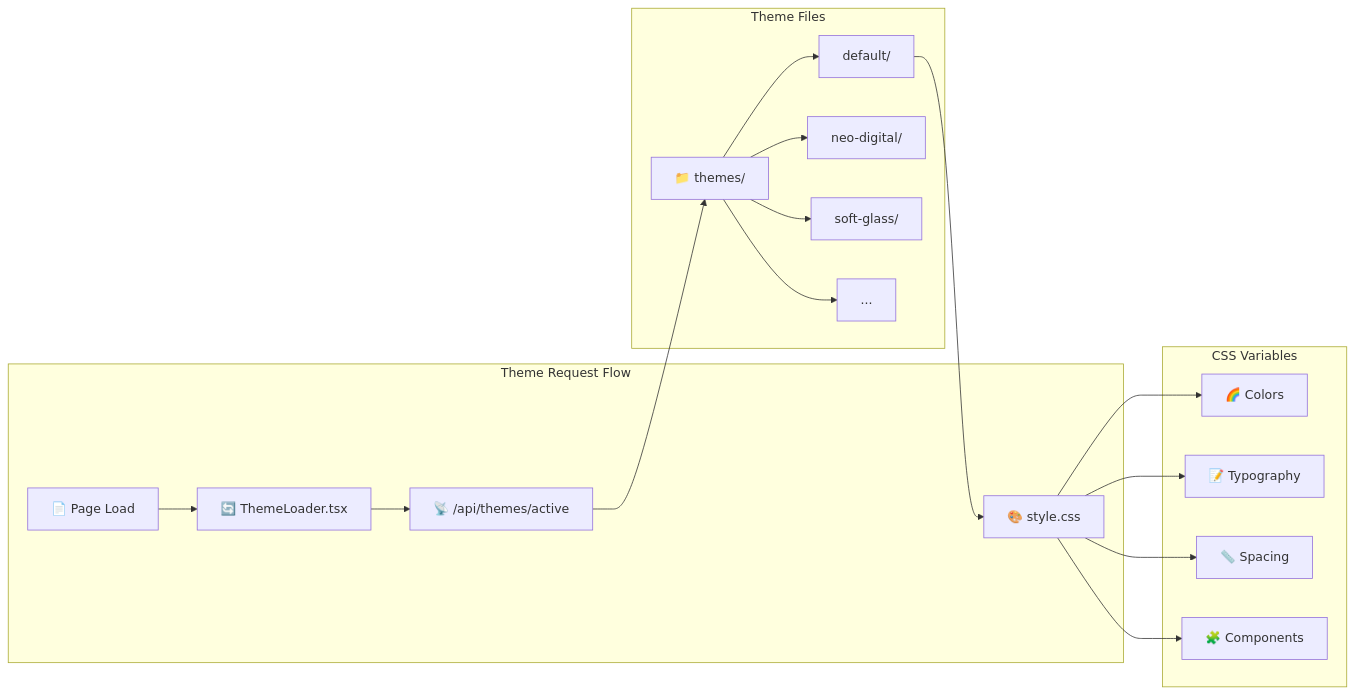
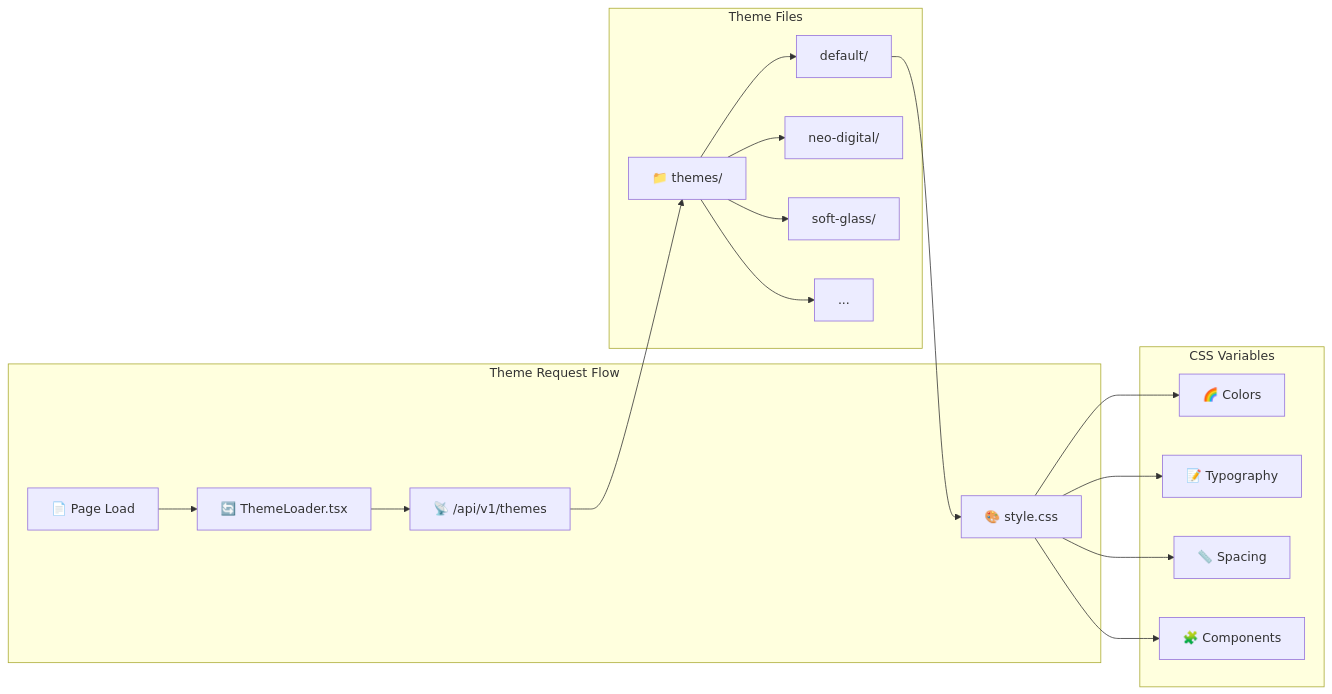
The third of 11 diagrams in documentation/architecture.md (jaimemartinez/wordjs), drawn with Mermaid before and after one commit. The commit also changed other lines of this file and 24 other files, not shown here.

````diff
--- a/documentation/architecture.md
+++ b/documentation/architecture.md
@@ -152,37 +162,37 @@
 ```mermaid
 graph LR
     subgraph "Theme Request Flow"
         Page[📄 Page Load]
         ThemeLoader[🔄 ThemeLoader.tsx]
-        API[📡 /api/themes/active]
+        API[📡 /api/v1/themes]
         CSS[🎨 style.css]
     end
 
     subgraph "Theme Files"
         ThemeDir[📁 themes/]
         Theme1[default/]
         Theme2[neo-digital/]
         Theme3[soft-glass/]
         ThemeN[...]
     end
 
     subgraph "CSS Variables"
         Colors[🌈 Colors]
         Typography[📝 Typography]
         Spacing[📏 Spacing]
         Components[🧩 Components]
     end
 
     Page --> ThemeLoader
     ThemeLoader --> API
     API --> ThemeDir
     ThemeDir --> Theme1
     ThemeDir --> Theme2
     ThemeDir --> Theme3
     ThemeDir --> ThemeN
     Theme1 --> CSS
     CSS --> Colors
     CSS --> Typography
     CSS --> Spacing
     CSS --> Components
 ```
````
